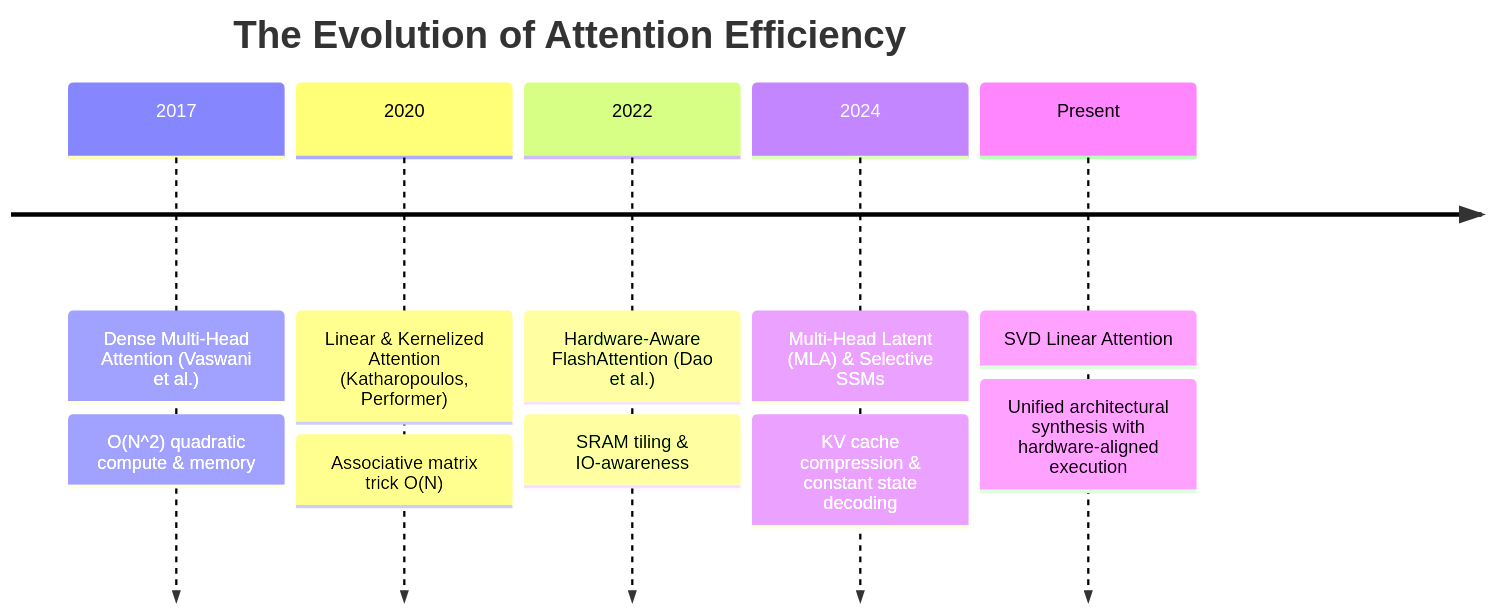
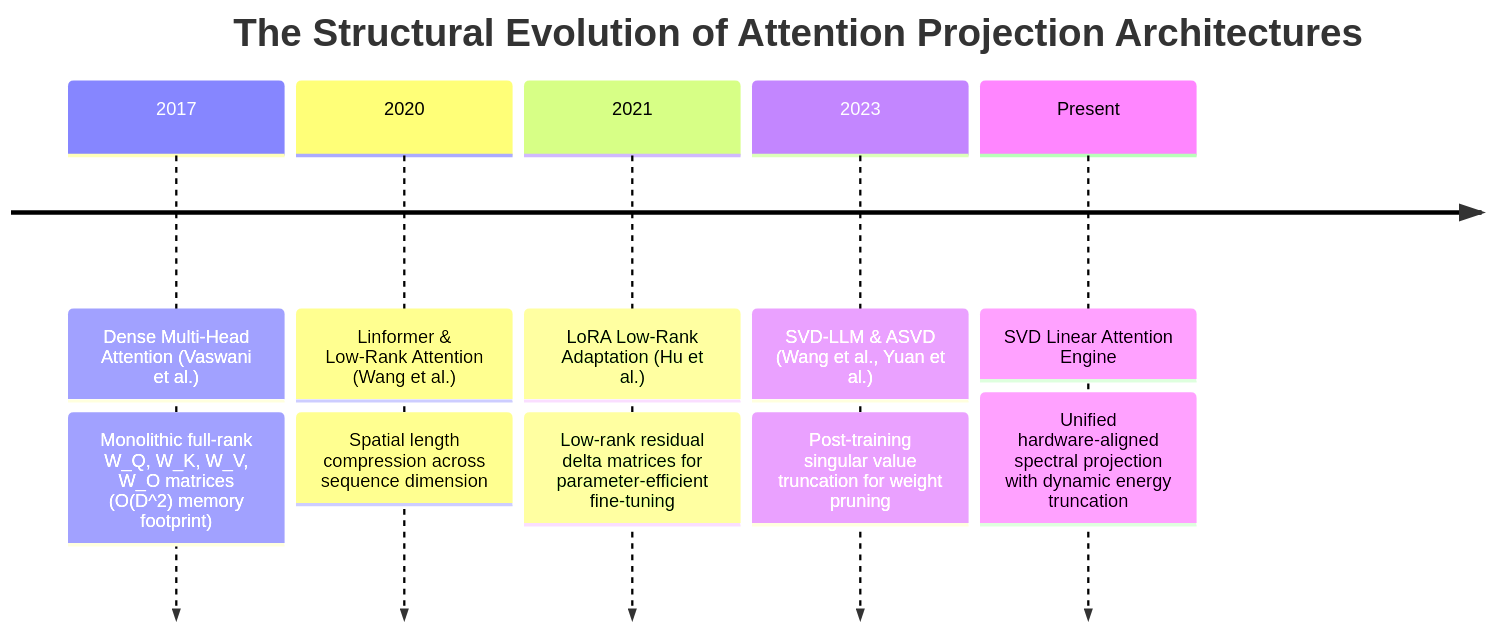
One commit to tahamajs/NeuralOps changed the first of 2 diagrams in Docs/content/attentions_blog/svd_linear_attention_blog.md. Above: the diagram before and after it, drawn with Mermaid. The commit also changed other lines of this file and 19 other files, not shown here.

````diff
--- a/Docs/content/attentions_blog/svd_linear_attention_blog.md
+++ b/Docs/content/attentions_blog/svd_linear_attention_blog.md
@@ -58,9 +69,9 @@
 ```mermaid
 timeline
-    title The Evolution of Attention Efficiency
-    2017 : Dense Multi-Head Attention (Vaswani et al.) : O(N^2) quadratic compute & memory
-    2020 : Linear & Kernelized Attention (Katharopoulos, Performer) : Associative matrix trick O(N)
-    2022 : Hardware-Aware FlashAttention (Dao et al.) : SRAM tiling & IO-awareness
-    2024 : Multi-Head Latent (MLA) & Selective SSMs : KV cache compression & constant state decoding
-    Present : SVD Linear Attention : Unified architectural synthesis with hardware-aligned execution
+    title The Structural Evolution of Attention Projection Architectures
+    2017 : Dense Multi-Head Attention (Vaswani et al.) : Monolithic full-rank W_Q, W_K, W_V, W_O matrices (O(D^2) memory footprint)
+    2020 : Linformer & Low-Rank Attention (Wang et al.) : Spatial length compression across sequence dimension
+    2021 : LoRA Low-Rank Adaptation (Hu et al.) : Low-rank residual delta matrices for parameter-efficient fine-tuning
+    2023 : SVD-LLM & ASVD (Wang et al., Yuan et al.) : Post-training singular value truncation for weight pruning
+    Present : SVD Linear Attention Engine : Unified hardware-aligned spectral projection with dynamic energy truncation
 ```
````
